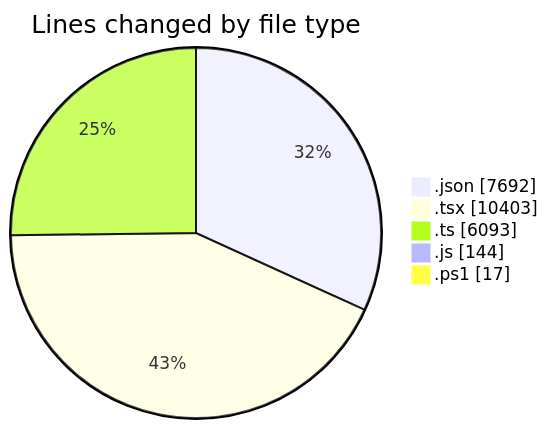
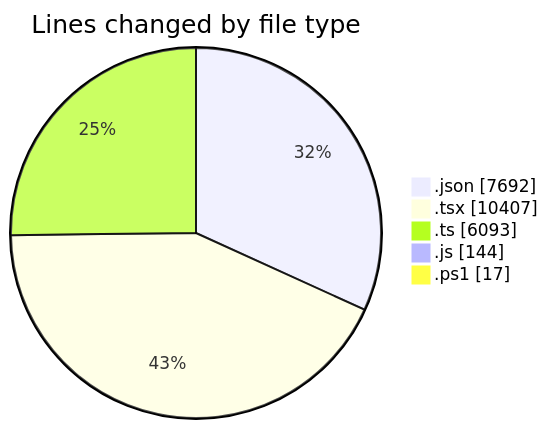
Before and after one commit to CELIANVF/code-tracking: the first of 2 diagrams in 2025-06-10/ecodeli-1/README.md, drawn with Mermaid. The commit also changed other lines of this file and 1 other file, not shown here.

````diff
--- a/2025-06-10/ecodeli-1/README.md
+++ b/2025-06-10/ecodeli-1/README.md
@@ -75,9 +75,9 @@
 ```mermaid
 pie showData
 title Lines changed by file type
 ".json" : 7692
-".tsx" : 10403
+".tsx" : 10407
 ".ts" : 6093
 ".js" : 144
 ".ps1" : 17
 ```
````
